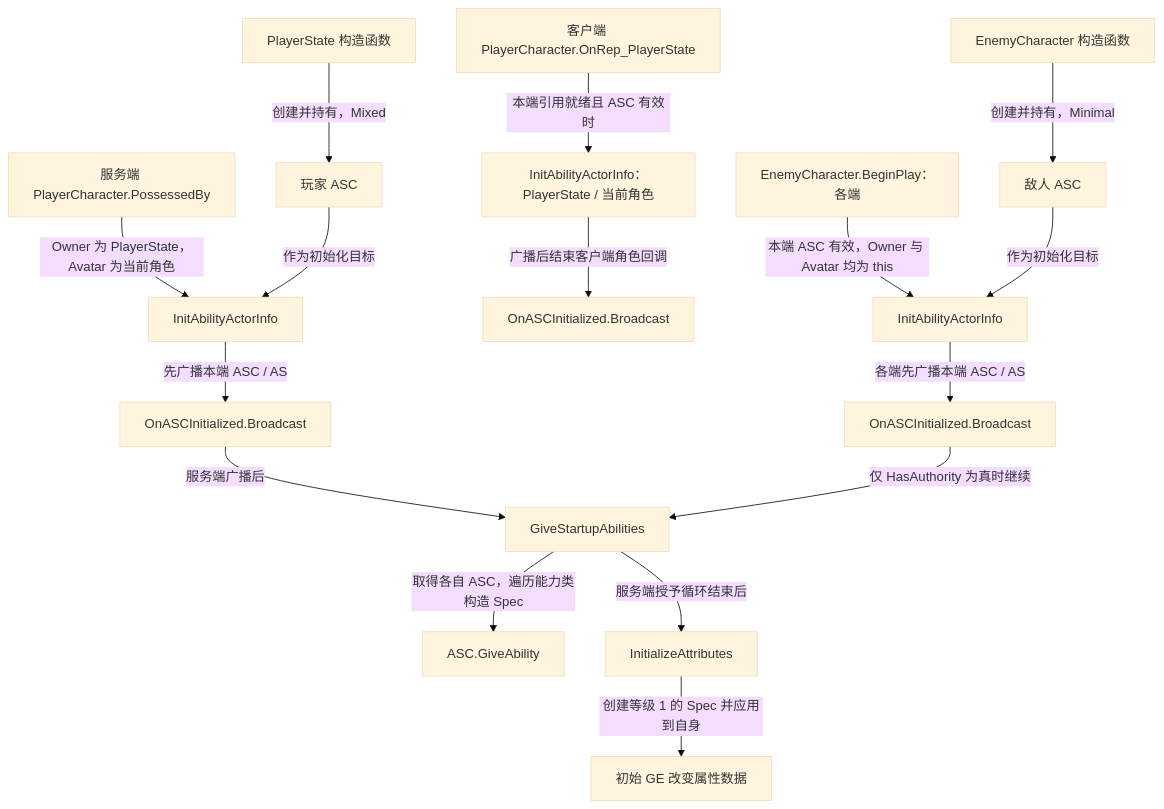
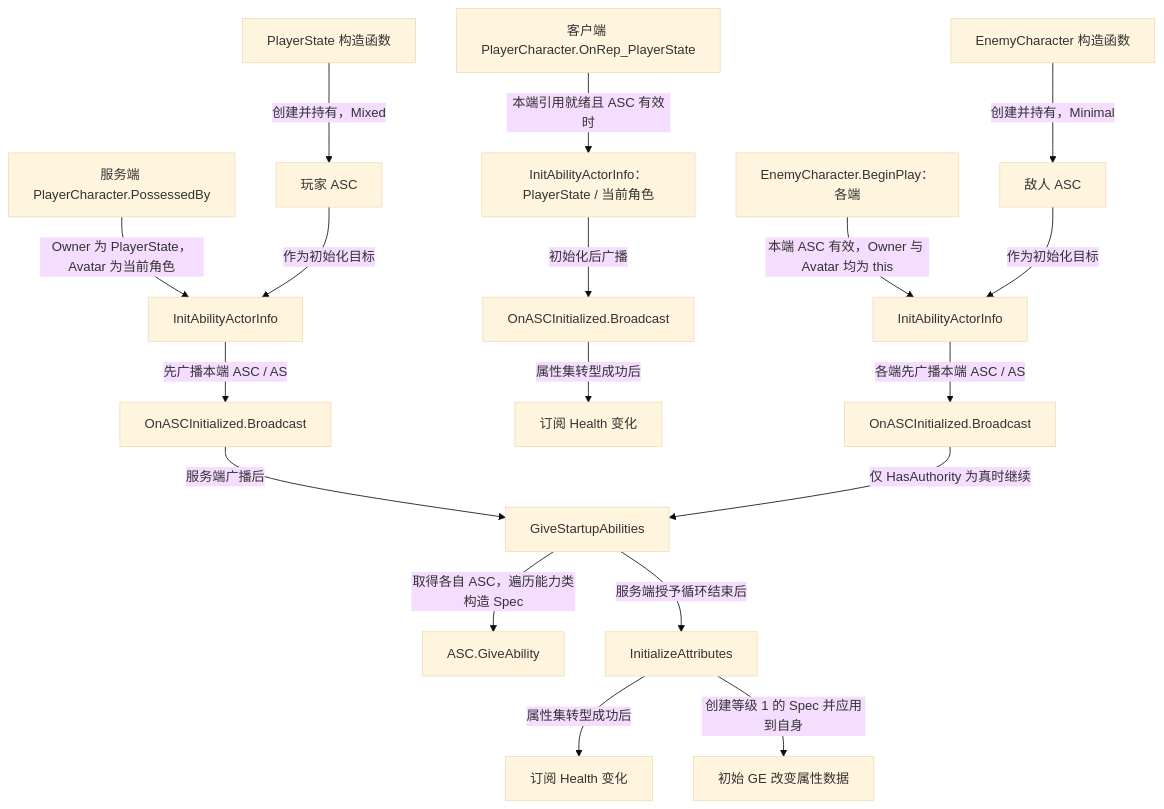
The first of 3 diagrams in AbilitySystem/StartupAbilities.md (xue1ong/GAS_StudyNotes), drawn with Mermaid (base theme) before and after one commit. The commit also changed other lines of this file and 11 other files, not shown here.

````diff
--- a/AbilitySystem/StartupAbilities.md
+++ b/AbilitySystem/StartupAbilities.md
@@ -14,18 +14,20 @@
 ```mermaid
 flowchart TD
     state["PlayerState 构造函数"] -->|"创建并持有，Mixed"| playerAsc["玩家 ASC"]
     possessed["服务端 PlayerCharacter.PossessedBy"] -->|"Owner 为 PlayerState，Avatar 为当前角色"| playerInfo["InitAbilityActorInfo"]
     playerAsc -->|"作为初始化目标"| playerInfo
     playerInfo -->|"先广播本端 ASC / AS"| playerSignal["OnASCInitialized.Broadcast"]
     playerSignal -->|"服务端广播后"| startup["GiveStartupAbilities"]
     onRep["客户端 PlayerCharacter.OnRep_PlayerState"] -->|"本端引用就绪且 ASC 有效时"| clientInfo["InitAbilityActorInfo：PlayerState / 当前角色"]
-    clientInfo -->|"广播后结束客户端角色回调"| clientSignal["OnASCInitialized.Broadcast"]
+    clientInfo -->|"初始化后广播"| clientSignal["OnASCInitialized.Broadcast"]
+    clientSignal -->|"属性集转型成功后"| clientHealth["订阅 Health 变化"]
     enemy["EnemyCharacter 构造函数"] -->|"创建并持有，Minimal"| enemyAsc["敌人 ASC"]
     begin["EnemyCharacter.BeginPlay：各端"] -->|"本端 ASC 有效，Owner 与 Avatar 均为 this"| enemyInfo["InitAbilityActorInfo"]
     enemyAsc -->|"作为初始化目标"| enemyInfo
     enemyInfo -->|"各端先广播本端 ASC / AS"| enemySignal["OnASCInitialized.Broadcast"]
     enemySignal -->|"仅 HasAuthority 为真时继续"| startup
     startup -->|"取得各自 ASC，遍历能力类构造 Spec"| give["ASC.GiveAbility"]
     startup -->|"服务端授予循环结束后"| initAttributes["InitializeAttributes"]
+    initAttributes -->|"属性集转型成功后"| serverHealth["订阅 Health 变化"]
     initAttributes -->|"创建等级 1 的 Spec 并应用到自身"| values["初始 GE 改变属性数据"]
 ```
````
